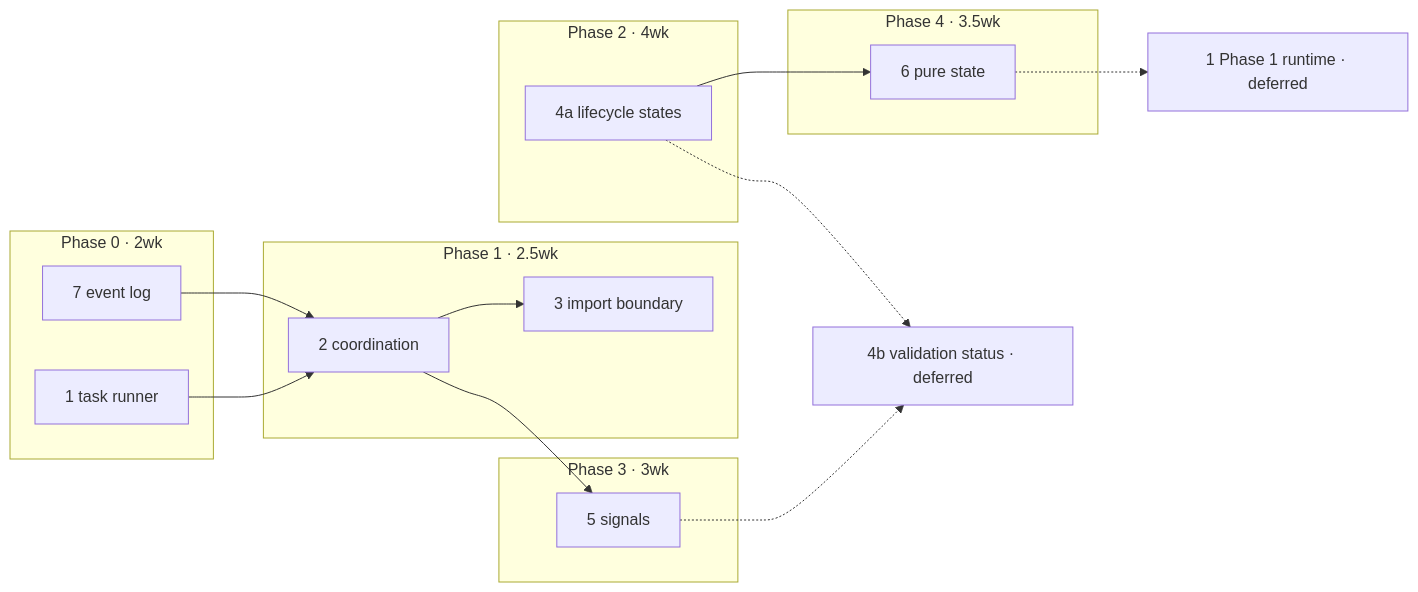
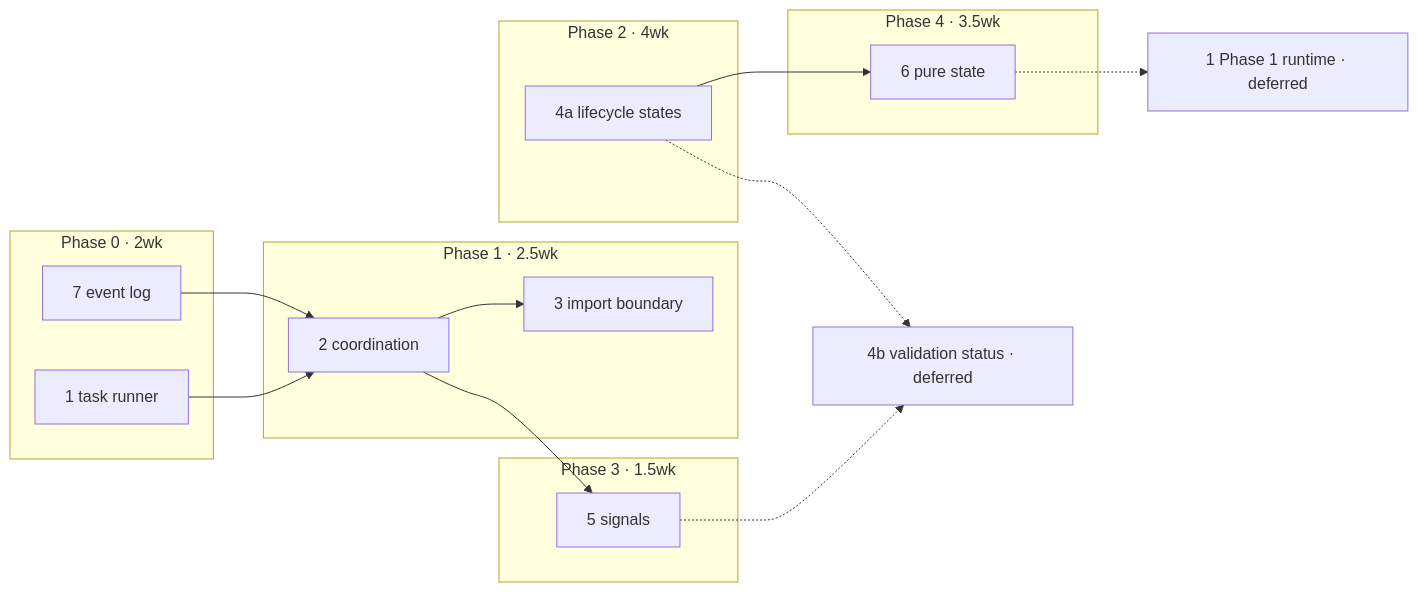
Before and after one commit to happenings-community/requests-and-offers: the diagram in documentation/architecture/frontend-refactoring/08-implementation-plan.md, drawn with Mermaid. The commit also changed other lines of this file and 4 other files, not shown here.

````diff
--- a/documentation/architecture/frontend-refactoring/08-implementation-plan.md
+++ b/documentation/architecture/frontend-refactoring/08-implementation-plan.md
@@ -13,28 +13,28 @@
 ```mermaid
 graph LR
   subgraph "Phase 0 · 2wk"
     A[7 event log]
     B[1 task runner]
   end
   subgraph "Phase 1 · 2.5wk"
     C[2 coordination]
     D[3 import boundary]
   end
   subgraph "Phase 2 · 4wk"
     E[4a lifecycle states]
   end
-  subgraph "Phase 3 · 3wk"
+  subgraph "Phase 3 · 1.5wk"
     F[5 signals]
   end
   subgraph "Phase 4 · 3.5wk"
     G[6 pure state]
   end
   A --> C
   B --> C
   C --> D
   C --> F
   E --> G
   E -.-> I[4b validation status · deferred]
   F -.-> I
   G -.-> J[1 Phase 1 runtime · deferred]
 ```
````
